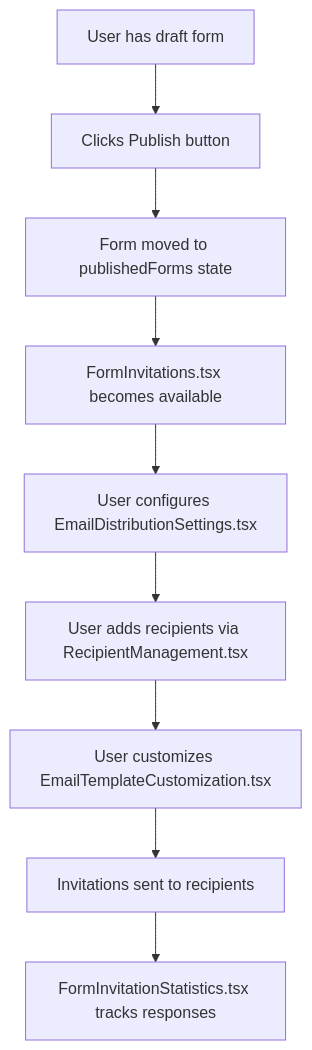
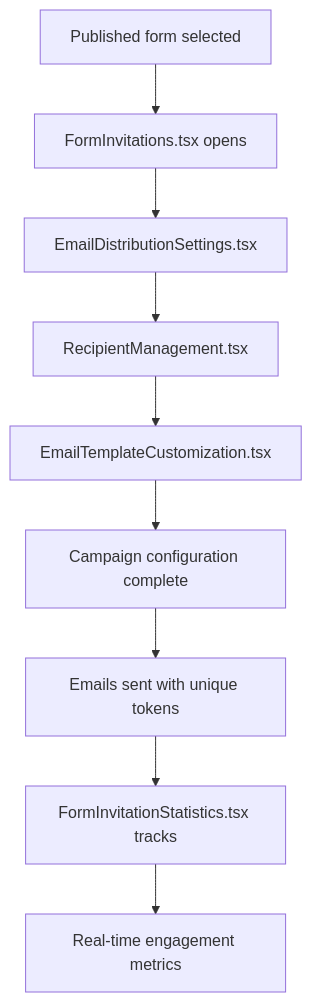
The fourth of 9 diagrams in Resources/FILE_STRUCTURE_AND_FLOW.md (solidrange/solidrange-form-flow), drawn with Mermaid before and after one commit. The commit also changed other lines of this file and 6 other files, not shown here.

````diff
--- a/Resources/FILE_STRUCTURE_AND_FLOW.md
+++ b/Resources/FILE_STRUCTURE_AND_FLOW.md
@@ -220,11 +321,11 @@
 ```mermaid
 flowchart TD
-    A["User has draft form"] --> B["Clicks Publish button"]
-    B --> C["Form moved to publishedForms state"]
-    C --> D["FormInvitations.tsx becomes available"]
-    D --> E["User configures EmailDistributionSettings.tsx"]
-    E --> F["User adds recipients via RecipientManagement.tsx"]
-    F --> G["User customizes EmailTemplateCustomization.tsx"]
-    G --> H["Invitations sent to recipients"]
-    H --> I["FormInvitationStatistics.tsx tracks responses"]
+    A["Published form selected"] --> B["FormInvitations.tsx opens"]
+    B --> C["EmailDistributionSettings.tsx"]
+    C --> D["RecipientManagement.tsx"]
+    D --> E["EmailTemplateCustomization.tsx"]
+    E --> F["Campaign configuration complete"]
+    F --> G["Emails sent with unique tokens"]
+    G --> H["FormInvitationStatistics.tsx tracks"]
+    H --> I["Real-time engagement metrics"]
 ```
````
